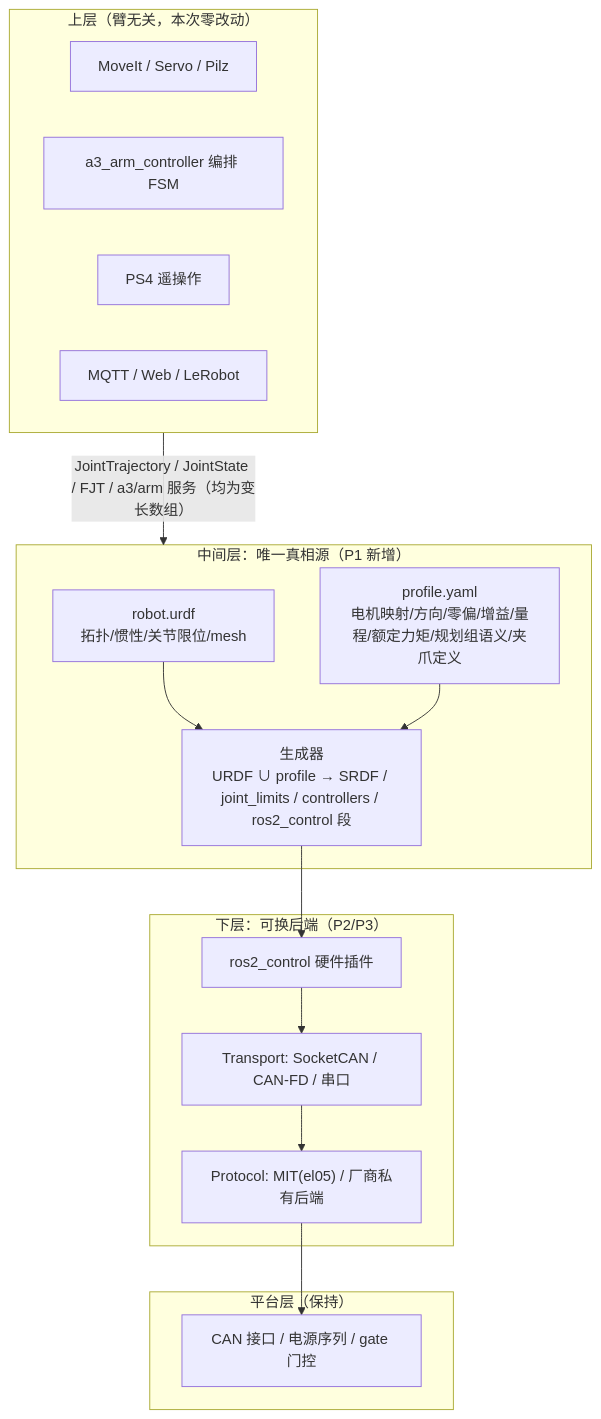
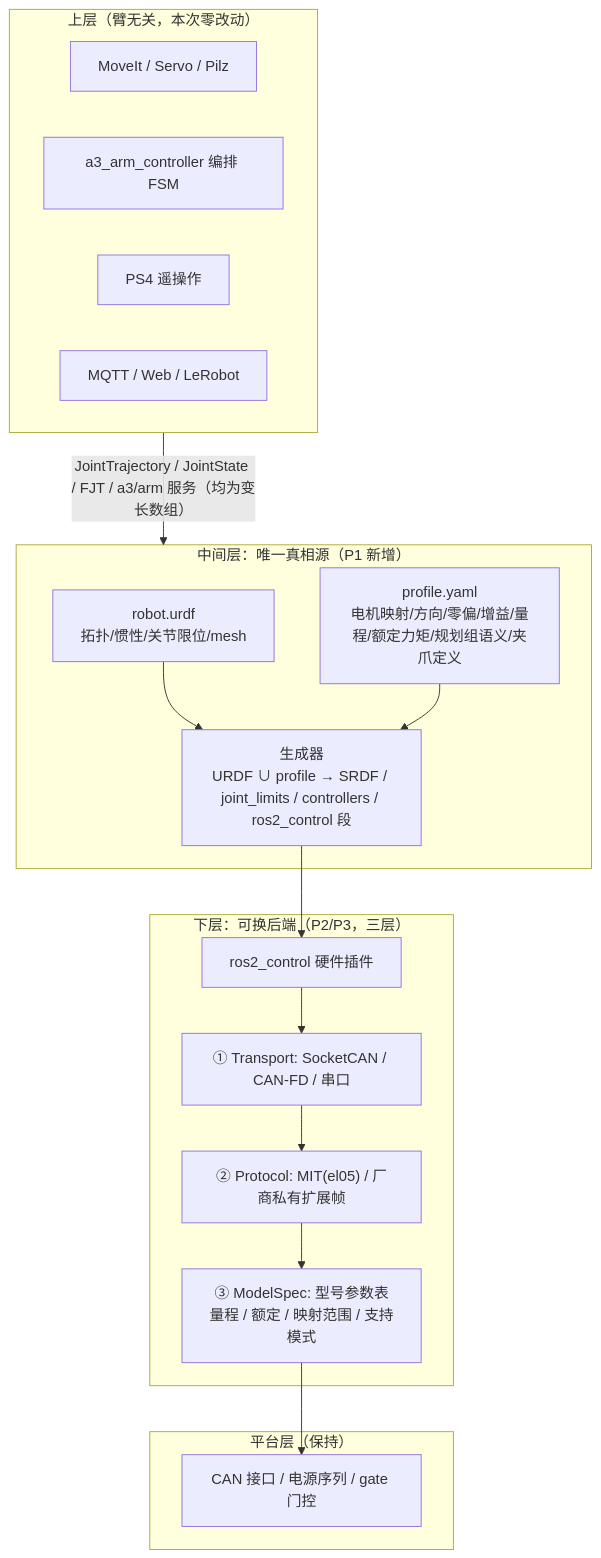
The second of 2 diagrams in .trae/documents/robot-abstraction-roadmap.md (deep-diary/a3_arm_ws), drawn with Mermaid before and after one commit. The commit also changed other lines of this file and 62 other files, not shown here.

````diff
--- a/.trae/documents/robot-abstraction-roadmap.md
+++ b/.trae/documents/robot-abstraction-roadmap.md
@@ -105,31 +129,32 @@
 ```mermaid
 flowchart TB
   subgraph upper["上层（臂无关，本次零改动）"]
     MI["MoveIt / Servo / Pilz"]
     FSM["a3_arm_controller 编排 FSM"]
     TELE["PS4 遥操作"]
     IO["MQTT / Web / LeRobot"]
   end
 
   subgraph mid["中间层：唯一真相源（P1 新增）"]
     URDF["robot.urdf<br/>拓扑/惯性/关节限位/mesh"]
     PROF["profile.yaml<br/>电机映射/方向/零偏/增益/量程/额定力矩/规划组语义/夹爪定义"]
     GEN["生成器<br/>URDF ∪ profile → SRDF / joint_limits / controllers / ros2_control 段"]
   end
 
-  subgraph lower["下层：可换后端（P2/P3）"]
+  subgraph lower["下层：可换后端（P2/P3，三层）"]
     RC["ros2_control 硬件插件"]
-    TR["Transport: SocketCAN / CAN-FD / 串口"]
-    PR["Protocol: MIT(el05) / 厂商私有后端"]
+    TR["① Transport: SocketCAN / CAN-FD / 串口"]
+    PR["② Protocol: MIT(el05) / 厂商私有扩展帧"]
+    MS["③ ModelSpec: 型号参数表<br/>量程 / 额定 / 映射范围 / 支持模式"]
   end
 
   subgraph plat["平台层（保持）"]
     CAN["CAN 接口 / 电源序列 / gate 门控"]
   end
 
   upper -->|"JointTrajectory / JointState / FJT / a3/arm 服务（均为变长数组）"| mid
   URDF --> GEN
   PROF --> GEN
   GEN --> RC
-  RC --> TR --> PR --> CAN
+  RC --> TR --> PR --> MS --> CAN
 ```
````
